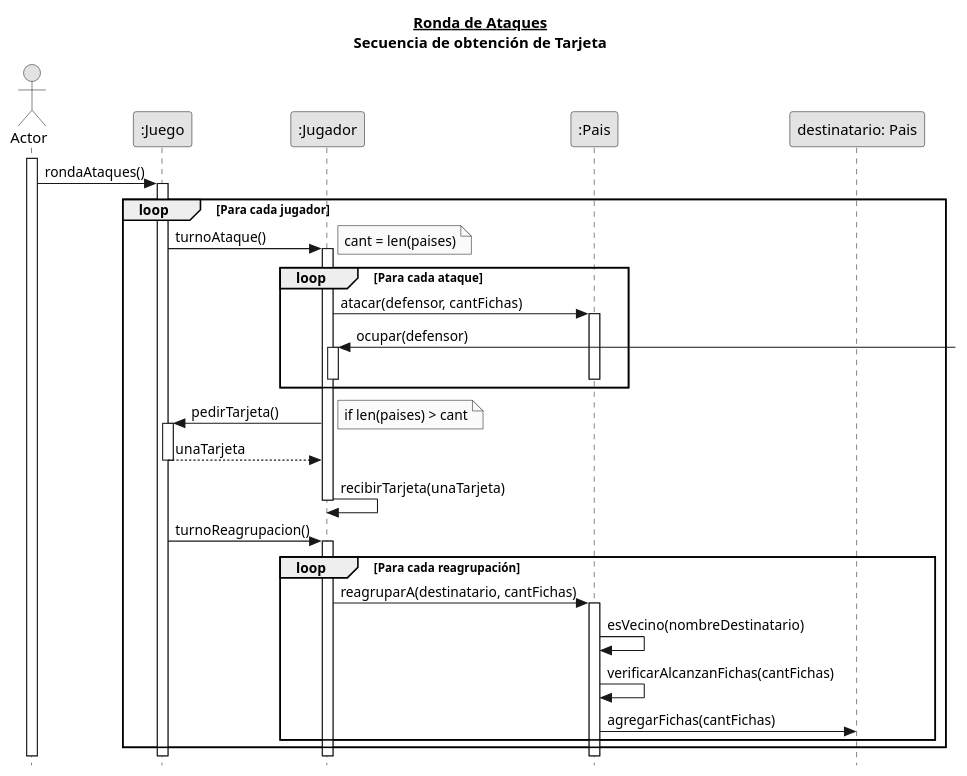
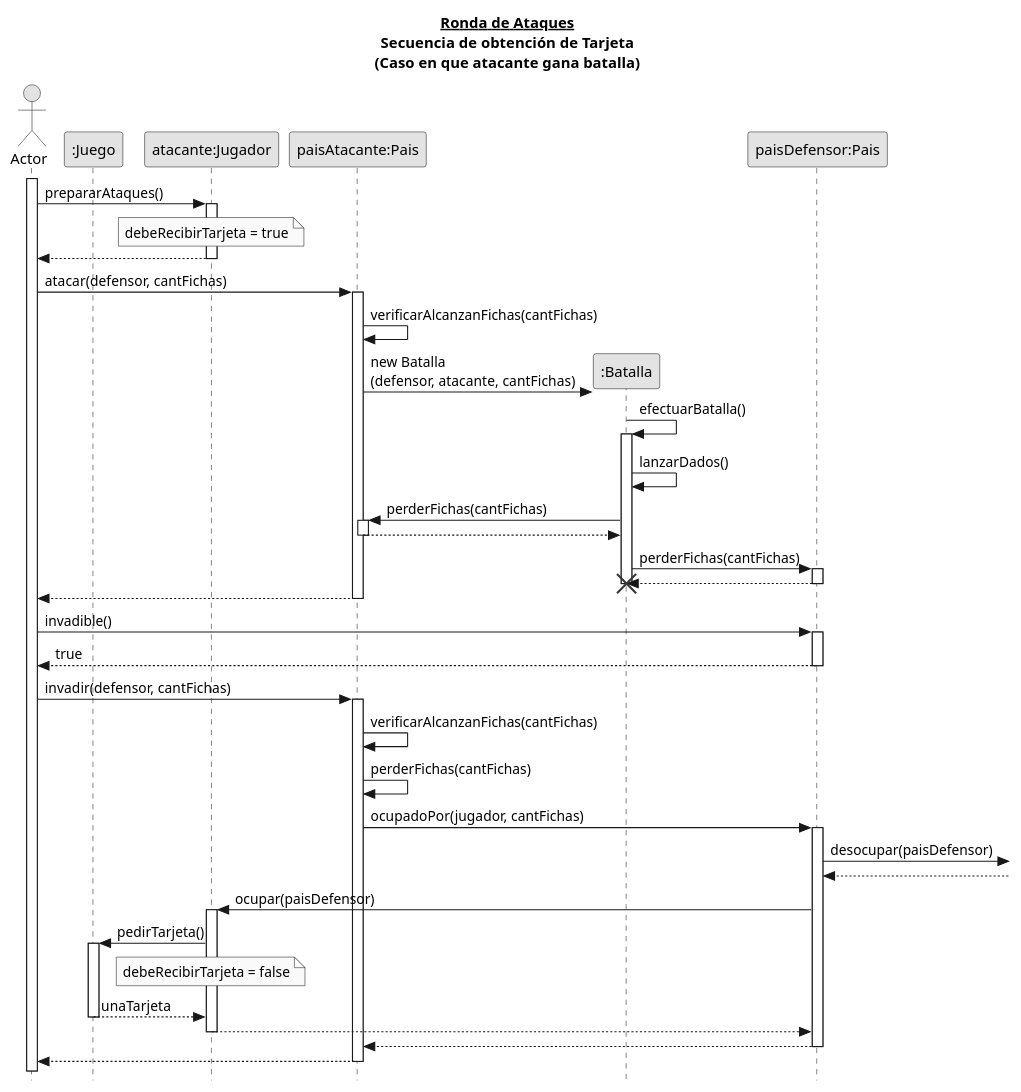
One commit to Gabrielsem/A.L.T.E.G.O. changed the diagram in UML/secuencia/tarjetas.plantuml. Above: the diagram before and after it, drawn with PlantUML. The commit also changed 4 other files, not shown here.

Commit message:
Actualizo tarjetas uml y fix tarjetas interfaz

```diff
--- a/UML/secuencia/tarjetas.plantuml
+++ b/UML/secuencia/tarjetas.plantuml
@@ -1,46 +1,64 @@
 @startuml
 title
 **__Ronda de Ataques__**
 Secuencia de obtención de Tarjeta
+(Caso en que atacante gana batalla)
 end title
 skinparam responseMessageBelowArrow true
 skinparam monochrome true
 skinparam style strictuml
 hide footbox
 
 actor Actor
-participant jueg as ":Juego"
-participant jug as ":Jugador"
-participant pais as ":Pais"
+participant juego as ":Juego"
+participant jug as "atacante:Jugador"
+participant atacante as "paisAtacante:Pais"
+participant batalla as ":Batalla"
+participant defensor as "paisDefensor:Pais"
+activate Actor
 
-Actor ++
-Actor -> jueg ++: rondaAtaques()
+Actor -> jug ++: prepararAtaques()
+note over jug
+    debeRecibirTarjeta = true
+end note
+return
 
-loop Para cada jugador
-    jueg -> jug ++: turnoAtaque()
-    note right: cant = len(paises)
-    loop Para cada ataque
-        jug -> pais ++: atacar(defensor, cantFichas)
-        jug <-] ++: ocupar(defensor)
-        pais --
-        jug --
-    end loop
+Actor -> atacante ++: atacar(defensor, cantFichas)
+atacante -> atacante: verificarAlcanzanFichas(cantFichas)
 
-    jug -> jueg ++: pedirTarjeta()
-    note right: if len(paises) > cant
-    jueg --> jug --: unaTarjeta
-    jug -> jug: recibirTarjeta(unaTarjeta)
-    deactivate jug
+create batalla
+atacante -> batalla: new Batalla\n(defensor, atacante, cantFichas)
+batalla -> batalla ++: efectuarBatalla()
+batalla -> batalla: lanzarDados()
+batalla -> atacante ++: perderFichas(cantFichas)
+return
+batalla -> defensor ++: perderFichas(cantFichas)
+return
+destroy batalla
+deactivate batalla
+return
+
+Actor -> defensor ++: invadible()
+return true
+
+Actor -> atacante ++: invadir(defensor, cantFichas)
+atacante -> atacante: verificarAlcanzanFichas(cantFichas)
+atacante -> atacante: perderFichas(cantFichas)
+atacante -> defensor ++: ocupadoPor(jugador, cantFichas)
+defensor ->: desocupar(paisDefensor)
+defensor <--]
+
+defensor -> jug ++: ocupar(paisDefensor)
+jug -> juego ++: pedirTarjeta()
+note over jug
+    debeRecibirTarjeta = false
+end note
+return unaTarjeta
+return
+return
+return
 
 
-    jueg -> jug ++: turnoReagrupacion()
-    loop Para cada reagrupación
-        jug -> pais ++: reagruparA(destinatario, cantFichas)
-        pais -> pais: esVecino(nombreDestinatario)
-        pais -> pais: verificarAlcanzanFichas(cantFichas)
-        pais -> "destinatario: Pais": agregarFichas(cantFichas)
-    end loop
 
-end loop
 
 @enduml
```
